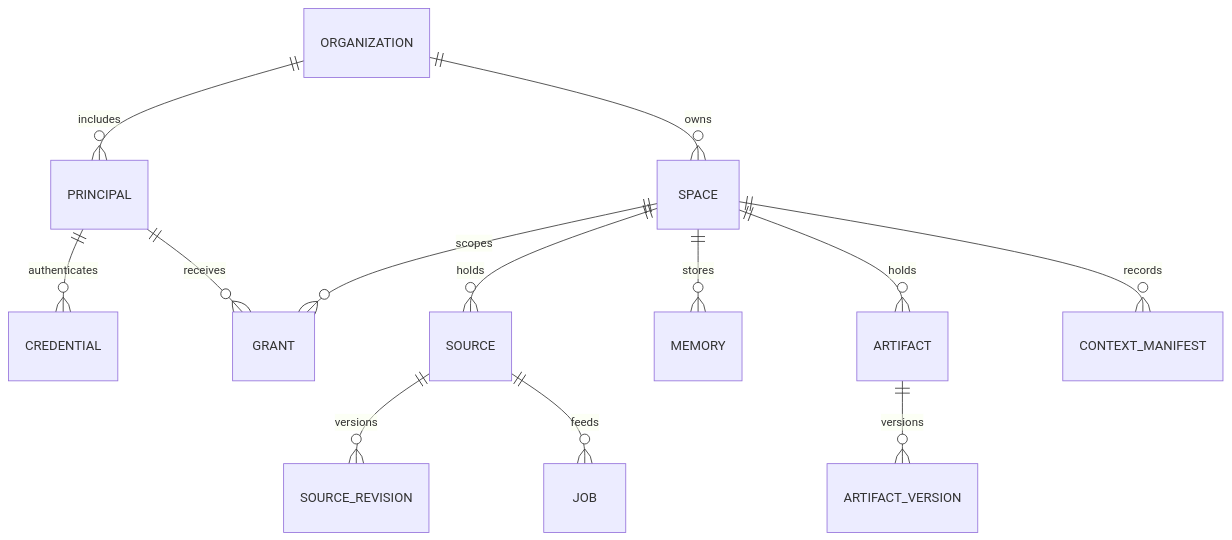
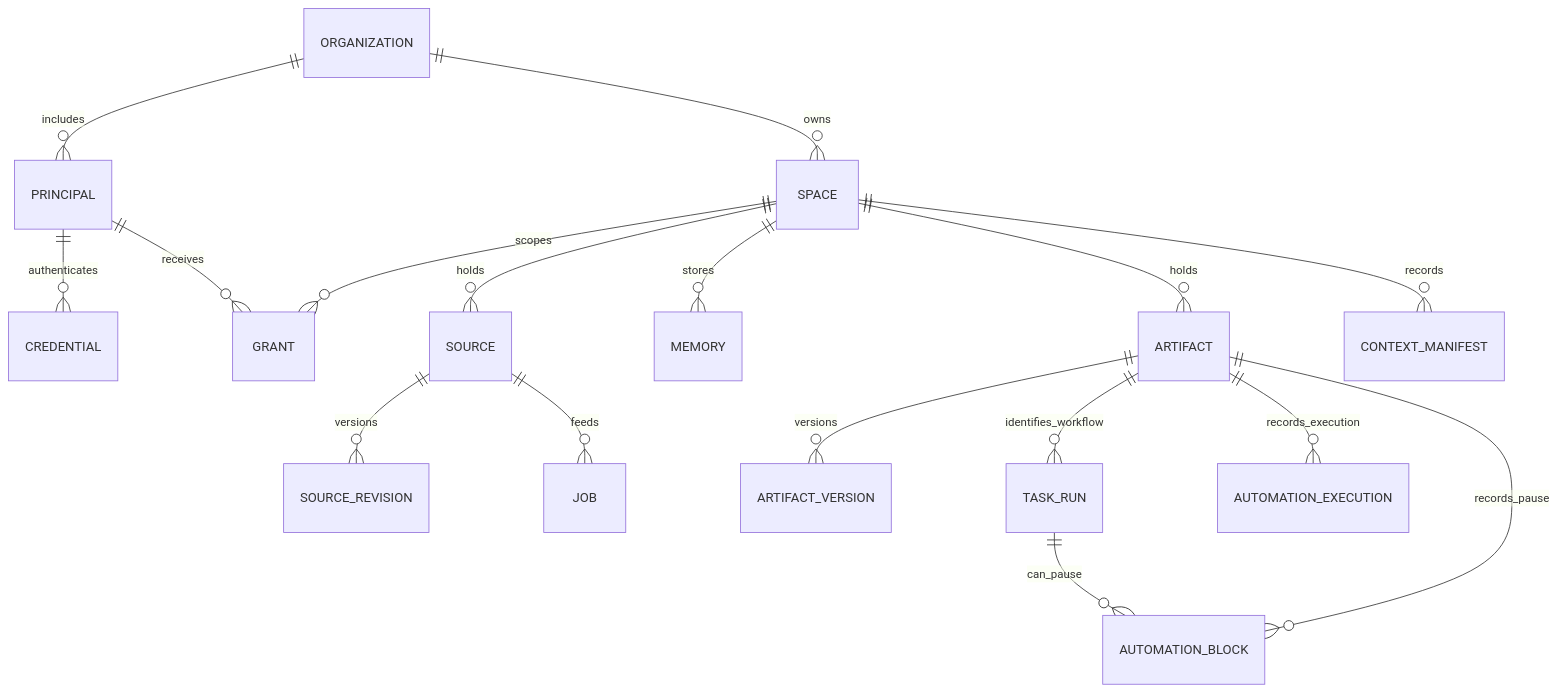
One commit to Atmet-AI/Atmet-brain changed the third of 4 diagrams in docs/architecture.md. Above: the diagram before and after it, drawn with Mermaid. The commit also changed other lines of this file and 32 other files, not shown here.

Commit message:
Explain company setup and architecture for v0.1.1

````diff
--- a/docs/architecture.md
+++ b/docs/architecture.md
@@ -59,15 +90,19 @@
 ```mermaid
 erDiagram
     ORGANIZATION ||--o{ SPACE : owns
     ORGANIZATION ||--o{ PRINCIPAL : includes
     PRINCIPAL ||--o{ CREDENTIAL : authenticates
     PRINCIPAL ||--o{ GRANT : receives
     SPACE ||--o{ GRANT : scopes
     SPACE ||--o{ SOURCE : holds
     SOURCE ||--o{ SOURCE_REVISION : versions
     SOURCE ||--o{ JOB : feeds
     SPACE ||--o{ MEMORY : stores
     SPACE ||--o{ ARTIFACT : holds
     ARTIFACT ||--o{ ARTIFACT_VERSION : versions
     SPACE ||--o{ CONTEXT_MANIFEST : records
+    ARTIFACT ||--o{ TASK_RUN : identifies_workflow
+    TASK_RUN ||--o{ AUTOMATION_BLOCK : can_pause
+    ARTIFACT ||--o{ AUTOMATION_BLOCK : records_pause
+    ARTIFACT ||--o{ AUTOMATION_EXECUTION : records_execution
 ```
````
